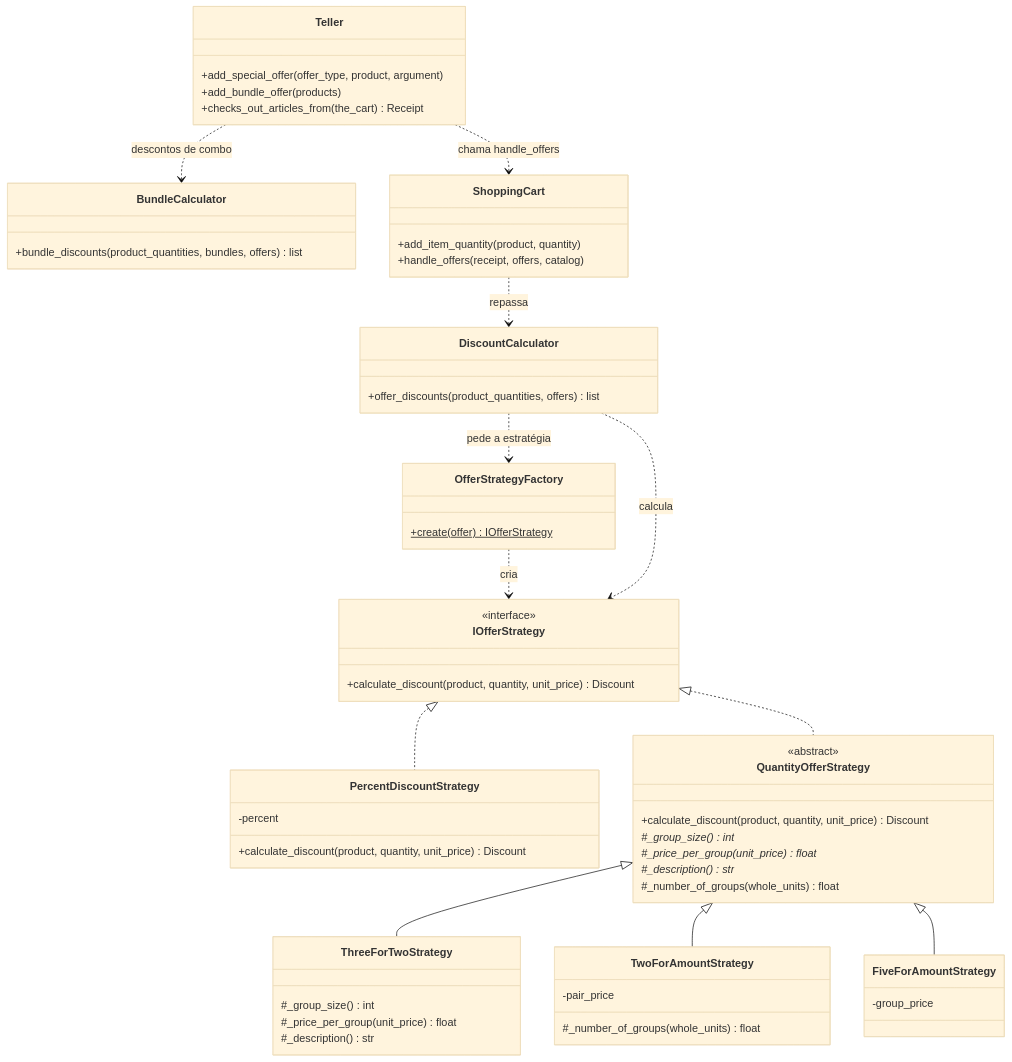
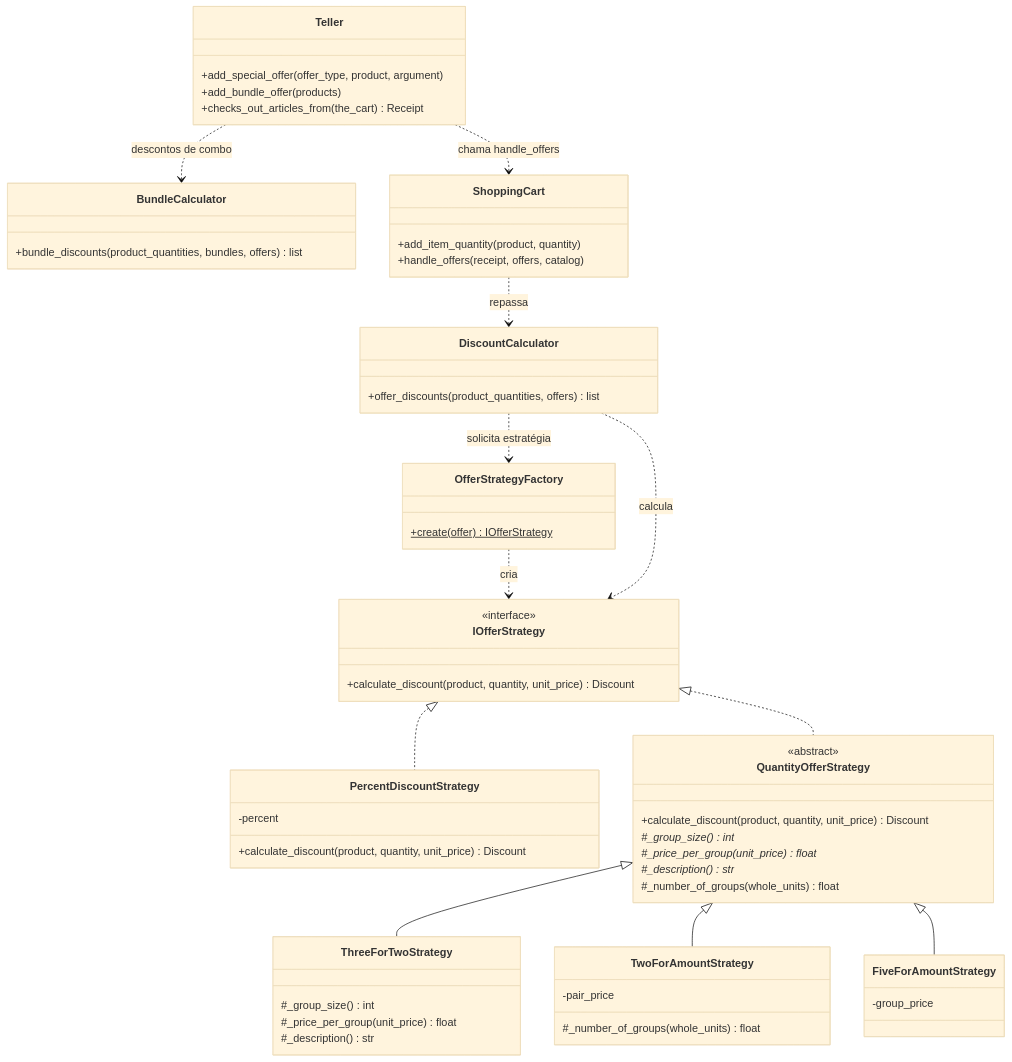
The second of 2 diagrams in docs/padroes_projeto.md (AngeloMeirelles/supermarket-receipt-modernizacao), drawn with Mermaid (base theme) before and after one commit. The commit also changed other lines of this file and 5 other files, not shown here.

````diff
--- a/docs/padroes_projeto.md
+++ b/docs/padroes_projeto.md
@@ -357,60 +328,60 @@
 ```mermaid
 classDiagram
     class IOfferStrategy {
         +calculate_discount(product, quantity, unit_price) Discount
     }
     <<interface>> IOfferStrategy
     class PercentDiscountStrategy {
         -percent
         +calculate_discount(product, quantity, unit_price) Discount
     }
     class QuantityOfferStrategy {
         +calculate_discount(product, quantity, unit_price) Discount
         #_group_size() int*
         #_price_per_group(unit_price) float*
         #_description() str*
         #_number_of_groups(whole_units) float
     }
     <<abstract>> QuantityOfferStrategy
     class ThreeForTwoStrategy {
         #_group_size() int
         #_price_per_group(unit_price) float
         #_description() str
     }
     class TwoForAmountStrategy {
         -pair_price
         #_number_of_groups(whole_units) float
     }
     class FiveForAmountStrategy {
         -group_price
     }
     class OfferStrategyFactory {
         +create(offer) IOfferStrategy$
     }
     class DiscountCalculator {
         +offer_discounts(product_quantities, offers) list
     }
     class BundleCalculator {
         +bundle_discounts(product_quantities, bundles, offers) list
     }
     class ShoppingCart {
         +add_item_quantity(product, quantity)
         +handle_offers(receipt, offers, catalog)
     }
     class Teller {
         +add_special_offer(offer_type, product, argument)
         +add_bundle_offer(products)
         +checks_out_articles_from(the_cart) Receipt
     }
     IOfferStrategy <|.. PercentDiscountStrategy
     IOfferStrategy <|.. QuantityOfferStrategy
     QuantityOfferStrategy <|-- ThreeForTwoStrategy
     QuantityOfferStrategy <|-- TwoForAmountStrategy
     QuantityOfferStrategy <|-- FiveForAmountStrategy
     OfferStrategyFactory ..> IOfferStrategy : cria
-    DiscountCalculator ..> OfferStrategyFactory : pede a estratégia
+    DiscountCalculator ..> OfferStrategyFactory : solicita estratégia
     DiscountCalculator ..> IOfferStrategy : calcula
     ShoppingCart ..> DiscountCalculator : repassa
     Teller ..> ShoppingCart : chama handle_offers
     Teller ..> BundleCalculator : descontos de combo
 ```
````
